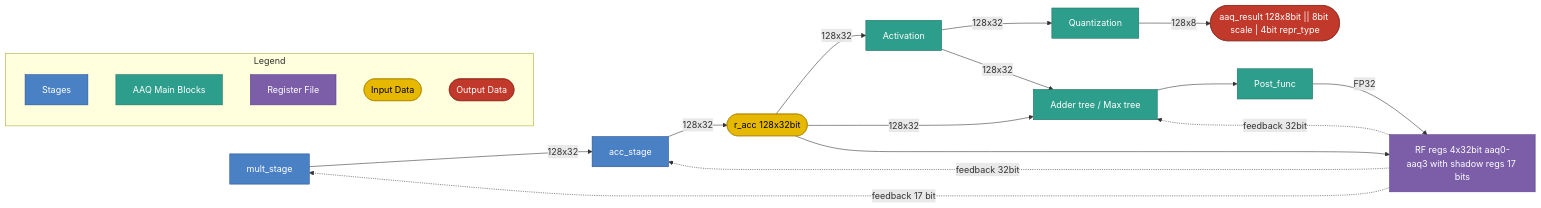
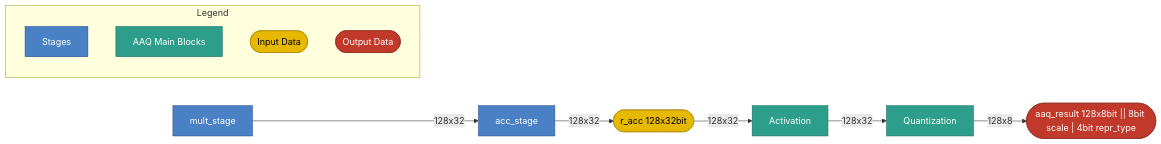
Before and after one commit to rechefe/ipu-emulator: the diagram in docs/content/specs/stage-aaq.md, drawn with Mermaid. The commit also changed other lines of this file and 3 other files, not shown here.

First line of the commit message:
docs: update hand-written docs for AGG→ACC move and AAQ register removal

````diff
--- a/docs/content/specs/stage-aaq.md
+++ b/docs/content/specs/stage-aaq.md
@@ -14,40 +18,27 @@
 ```mermaid
 flowchart LR
     mult_stage:::blue
     acc_stage:::blue
     ACC(["r_acc 128x32bit"]):::yellow
     OUT(["aaq_result 128x8bit || 8bit scale | 4bit repr_type"]):::red
     ACT["Activation"]:::teal
     QUANT["Quantization"]:::teal
-    RED["Adder tree / Max tree"]:::teal
-    PFN["Post_func"]:::teal
-    RF["RF regs 4x32bit aaq0-aaq3 with shadow regs 17 bits"]:::purple
 
     ACC -->|128x32| ACT
-    ACC -->|128x32| RED
     ACT -->|128x32| QUANT
-    ACT --> |128x32| RED
     QUANT -->|128x8| OUT
     mult_stage --> |128x32| acc_stage
     acc_stage --> |128x32| ACC
-    ACC --> RF
-    RED --> PFN
-    PFN -->|FP32| RF
-    RF -.->|feedback 32bit| RED
-    RF -.->|feedback 17 bit| mult_stage
-    RF -.->|feedback 32bit| acc_stage
 
     subgraph LEGEND["Legend"]
         L_blue["Stages"]:::blue
         L_teal["AAQ Main Blocks"]:::teal
-        L_purple["Register File"]:::purple
         L_yellow(["Input Data"]):::yellow
         L_red(["Output Data"]):::red
     end
 
     classDef blue fill:#4a80c4,stroke:#2a5090,color:#fff
     classDef teal fill:#2e9e8c,stroke:#1a7060,color:#fff
-    classDef purple fill:#7b5ea7,stroke:#5a3d8a,color:#fff
     classDef yellow fill:#e6b800,stroke:#b38a00,color:#000
     classDef red fill:#c0392b,stroke:#922b21,color:#fff
 ```
````
